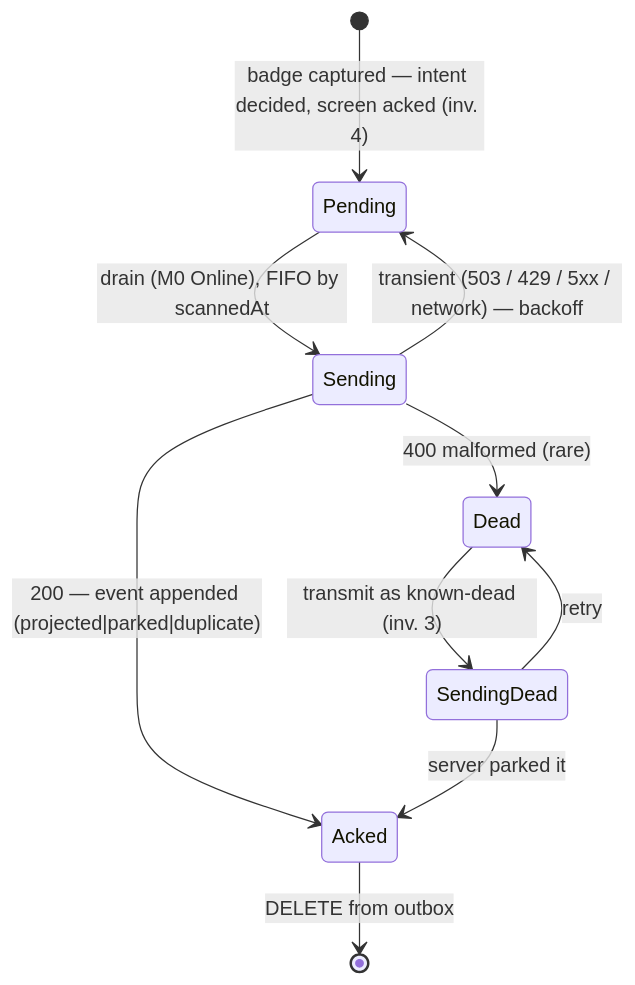
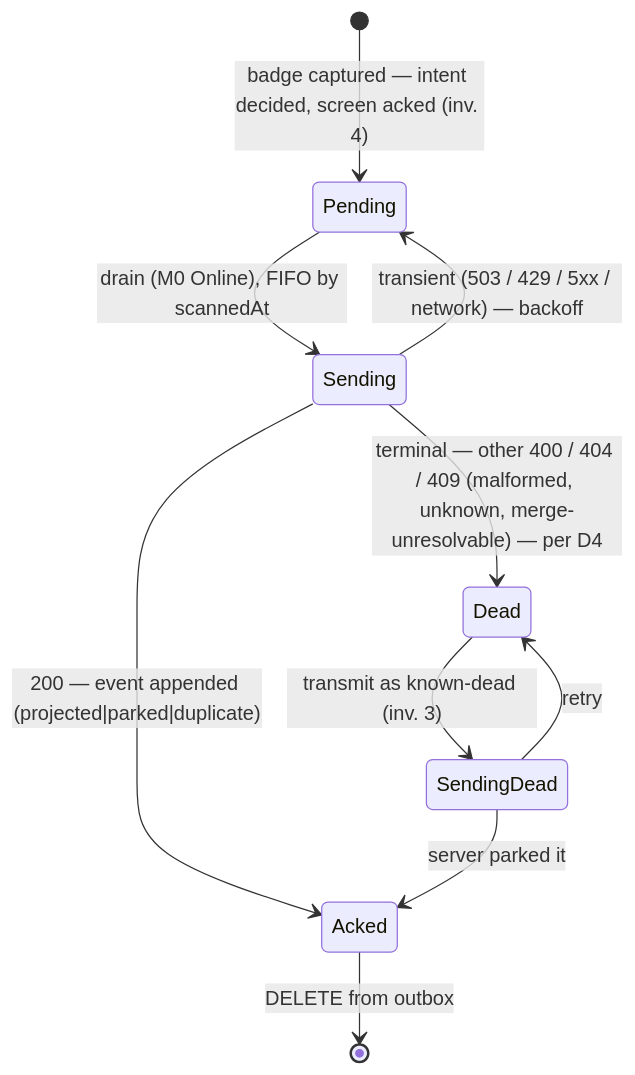
Before and after one commit to innovationtreehouse/checkin: the third of 5 diagrams in docs/designs/KIOSK_RESILIENCE.md, drawn with Mermaid. The commit also changed other lines of this file, not shown here.

Commit message:
docs: kiosk resilience v2 — fix review findings (restore §3 heading, align M1 dead-edge)

````diff
--- a/docs/designs/KIOSK_RESILIENCE.md
+++ b/docs/designs/KIOSK_RESILIENCE.md
@@ -1006,12 +1008,12 @@
 ```mermaid
 stateDiagram-v2
     [*] --> Pending: badge captured — intent decided, screen acked (inv. 4)
     Pending --> Sending: drain (M0 Online), FIFO by scannedAt
     Sending --> Acked: 200 — event appended (projected|parked|duplicate)
     Sending --> Pending: transient (503 / 429 / 5xx / network) — backoff
-    Sending --> Dead: 400 malformed (rare)
+    Sending --> Dead: terminal — other 400 / 404 / 409 (malformed, unknown, merge-unresolvable) — per D4
     Acked --> [*]: DELETE from outbox
     Dead --> SendingDead: transmit as known-dead (inv. 3)
     SendingDead --> Acked: server parked it
     SendingDead --> Dead: retry
 ```
````
